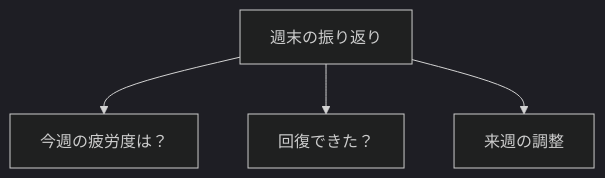
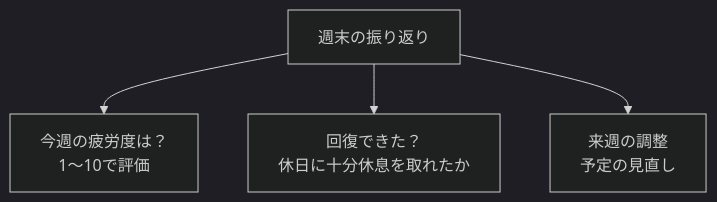
Before and after one commit to tndg16-bot/portfolio-site: the fourth of 4 diagrams in content/blog/293-capacity-awareness-burnout-prevention.md, drawn with Mermaid (dark theme). The commit also changed other lines of this file and 19 other files, not shown here.

````diff
--- a/content/blog/293-capacity-awareness-burnout-prevention.md
+++ b/content/blog/293-capacity-awareness-burnout-prevention.md
@@ -79,7 +79,7 @@
 ```mermaid
 graph TD
     A[週末の振り返り]
-    A --> B[今週の疲労度は？]
-    A --> C[回復できた？]
-    A --> D[来週の調整]
+    A --> B[今週の疲労度は？<br/>1〜10で評価]
+    A --> C[回復できた？<br/>休日に十分休息を取れたか]
+    A --> D[来週の調整<br/>予定の見直し]
 ```
````
